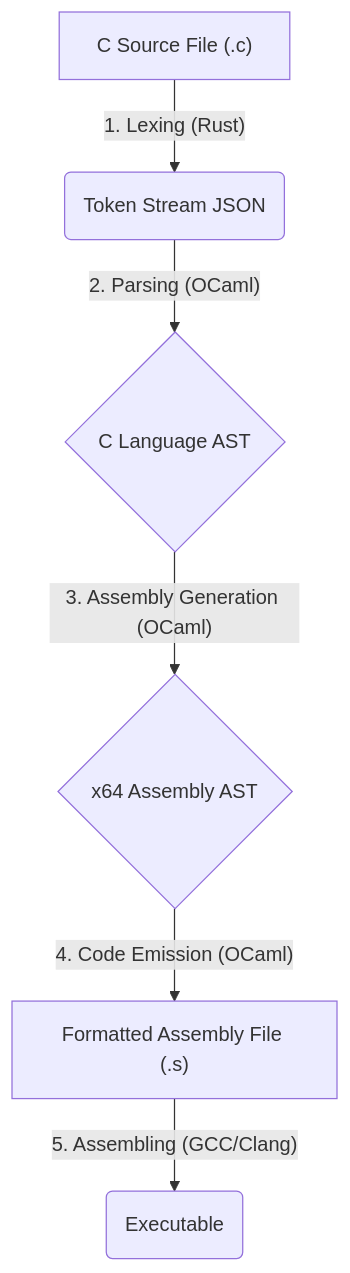
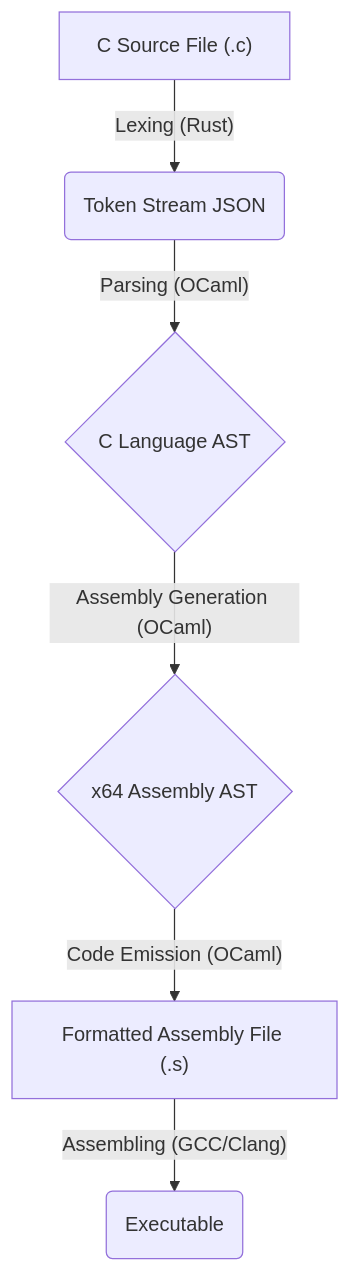
Before and after one commit to 0bVdnt/obv_parser: the diagram in README.md, drawn with Mermaid.

````diff
--- a/README.md
+++ b/README.md
@@ -43,8 +43,8 @@
 ```mermaid
 graph TD;
-    A["C Source File (.c)"] -->|"1. Lexing (Rust)"| B("Token Stream JSON");
-    B -->|"2. Parsing (OCaml)"| C{"C Language AST"};
-    C -->|"3. Assembly Generation (OCaml)"| D{"x64 Assembly AST"};
-    D -->|"4. Code Emission (OCaml)"| E["Formatted Assembly File (.s)"];
-    E -->|"5. Assembling (GCC/Clang)"| F("Executable");
+    A["C Source File (.c)"] -->|"Lexing (Rust)"| B("Token Stream JSON");
+    B -->|"Parsing (OCaml)"| C{"C Language AST"};
+    C -->|"Assembly Generation (OCaml)"| D{"x64 Assembly AST"};
+    D -->|"Code Emission (OCaml)"| E["Formatted Assembly File (.s)"];
+    E -->|"Assembling (GCC/Clang)"| F("Executable");
 ```
````
